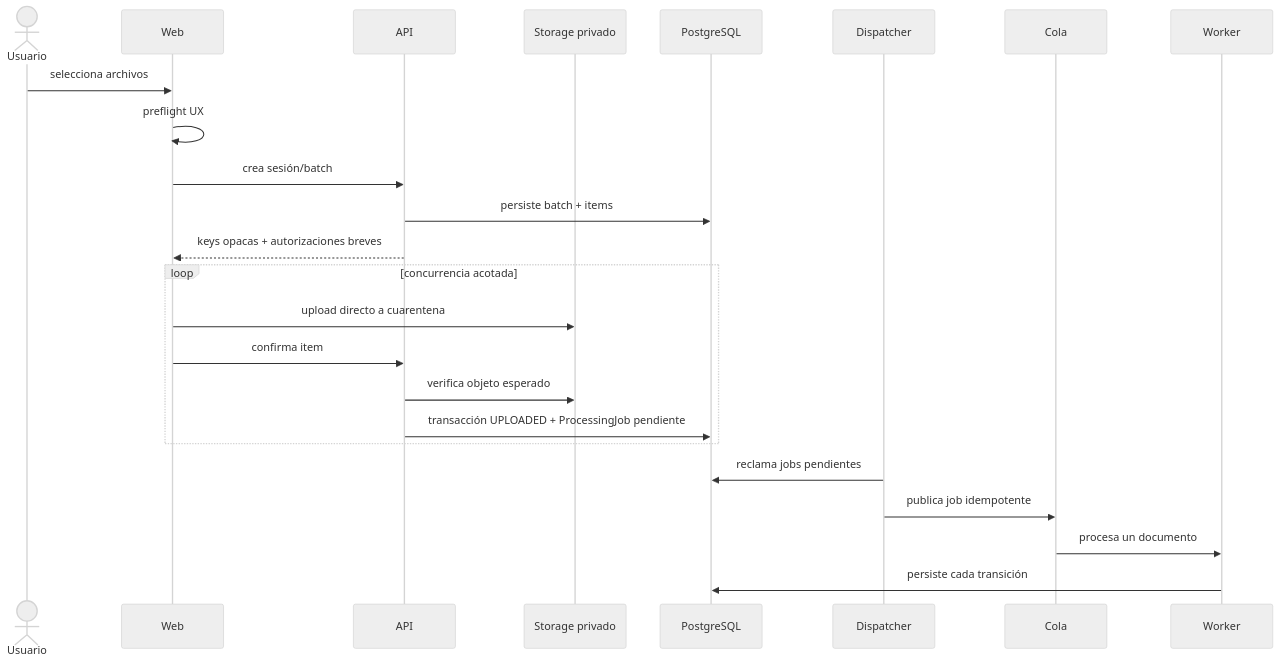
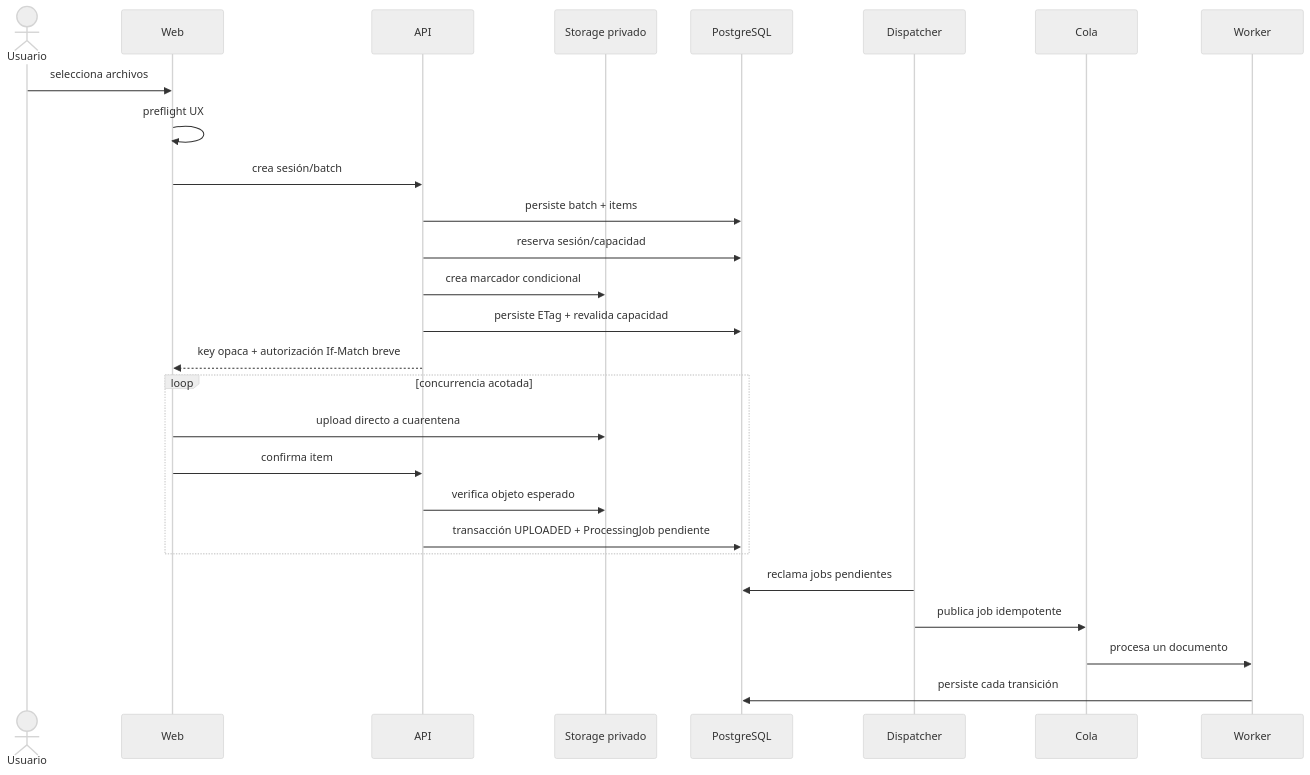
The first of 2 diagrams in docs/architecture/ingestion-pipeline.md (SebastianMacaya/Salarivo), drawn with Mermaid (neutral theme) before and after one commit. The commit also changed other lines of this file and 26 other files, not shown here.

```diff
--- a/docs/architecture/ingestion-pipeline.md
+++ b/docs/architecture/ingestion-pipeline.md
@@ -11,27 +11,30 @@
 ~~~mermaid
 sequenceDiagram
     actor U as Usuario
     participant W as Web
     participant A as API
     participant S as Storage privado
     participant D as PostgreSQL
     participant X as Dispatcher
     participant Q as Cola
     participant K as Worker
 
     U->>W: selecciona archivos
     W->>W: preflight UX
     W->>A: crea sesión/batch
     A->>D: persiste batch + items
-    A-->>W: keys opacas + autorizaciones breves
+    A->>D: reserva sesión/capacidad
+    A->>S: crea marcador condicional
+    A->>D: persiste ETag + revalida capacidad
+    A-->>W: key opaca + autorización If-Match breve
     loop concurrencia acotada
         W->>S: upload directo a cuarentena
         W->>A: confirma item
         A->>S: verifica objeto esperado
         A->>D: transacción UPLOADED + ProcessingJob pendiente
     end
     X->>D: reclama jobs pendientes
     X->>Q: publica job idempotente
     Q->>K: procesa un documento
     K->>D: persiste cada transición
 ~~~
```
